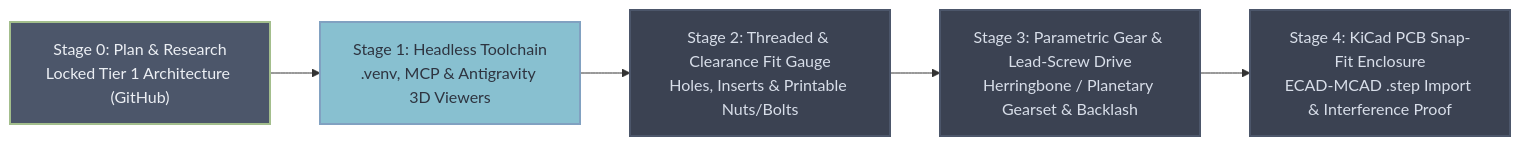
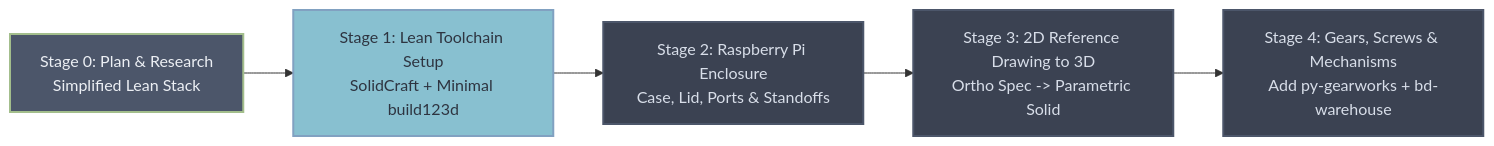
One commit to DevilSu/learn_AI_CAD_design changed the second of 2 diagrams in blueprints/overall.md. Above: the diagram before and after it, drawn with Mermaid. The commit also changed other lines of this file and 1 other file, not shown here.

Commit message:
docs: simplify CAD plan and update roadmap to RPi enclosure, reference drawings, and gears

````diff
--- a/blueprints/overall.md
+++ b/blueprints/overall.md
@@ -224,12 +75,12 @@
 ```mermaid
 graph LR
     classDef done fill:#4C566A,stroke:#A3BE8C,stroke-width:2px,color:#ECEFF4;
     classDef next fill:#88C0D0,stroke:#81A1C1,stroke-width:2px,color:#2E3440;
     classDef future fill:#3B4252,stroke:#4C566A,stroke-width:2px,color:#D8DEE9;
 
-    S0["Stage 0: Plan & Research<br/>Locked Tier 1 Architecture (GitHub)"]:::done -->
-    S1["Stage 1: Headless Toolchain<br/>.venv, MCP & Antigravity 3D Viewers"]:::next -->
-    S2["Stage 2: Threaded & Clearance Fit Gauge<br/>Holes, Inserts & Printable Nuts/Bolts"]:::future -->
-    S3["Stage 3: Parametric Gear & Lead-Screw Drive<br/>Herringbone / Planetary Gearset & Backlash"]:::future -->
-    S4["Stage 4: KiCad PCB Snap-Fit Enclosure<br/>ECAD-MCAD .step Import & Interference Proof"]:::future
+    S0["Stage 0: Plan & Research<br/>Simplified Lean Stack"]:::done -->
+    S1["Stage 1: Lean Toolchain Setup<br/>SolidCraft + Minimal build123d"]:::next -->
+    S2["Stage 2: Raspberry Pi Enclosure<br/>Case, Lid, Ports & Standoffs"]:::future -->
+    S3["Stage 3: 2D Reference Drawing to 3D<br/>Ortho Spec -> Parametric Solid"]:::future -->
+    S4["Stage 4: Gears, Screws & Mechanisms<br/>Add py-gearworks + bd-warehouse"]:::future
 ```
````
